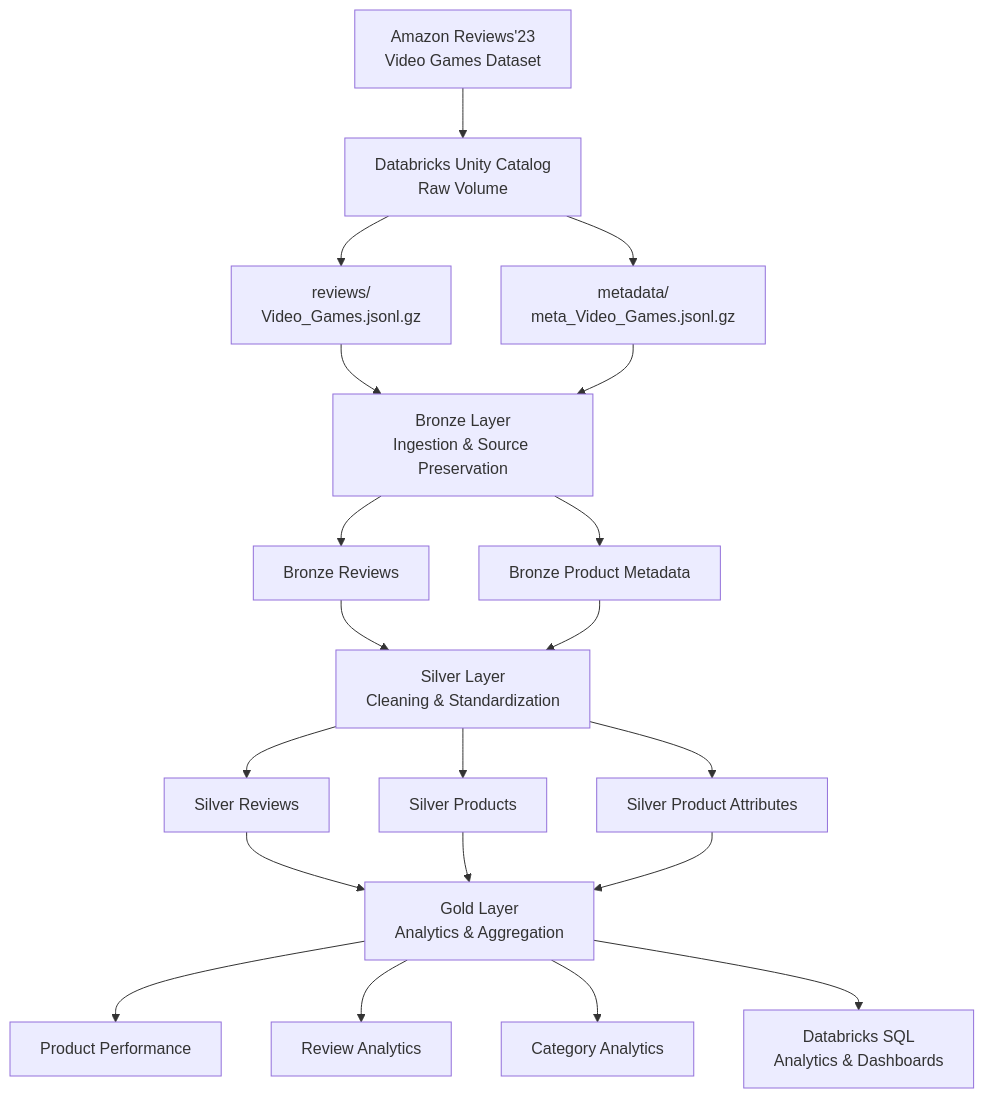
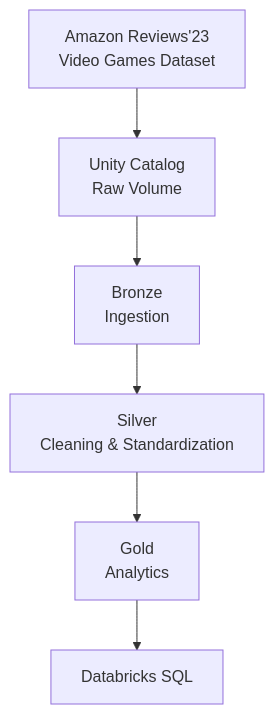
One commit to Biswajitnahak2003/amazon-reviews-lakehouse changed the diagram in README.md. Above: the diagram before and after it, drawn with Mermaid. The commit also changed other lines of this file, not shown here.

````diff
--- a/README.md
+++ b/README.md
@@ -18,34 +15,9 @@
 ```mermaid
 flowchart TD
-
     A["Amazon Reviews'23<br/>Video Games Dataset"]
-
-    A --> B["Databricks Unity Catalog<br/>Raw Volume"]
-
-    B --> B1["reviews/<br/>Video_Games.jsonl.gz"]
-    B --> B2["metadata/<br/>meta_Video_Games.jsonl.gz"]
-
-    B1 --> C["Bronze Layer<br/>Ingestion & Source Preservation"]
-    B2 --> C
-
-    C --> C1["Bronze Reviews"]
-    C --> C2["Bronze Product Metadata"]
-
-    C1 --> D["Silver Layer<br/>Cleaning & Standardization"]
-    C2 --> D
-
-    D --> D1["Silver Reviews"]
-    D --> D2["Silver Products"]
-    D --> D3["Silver Product Attributes"]
-
-    D1 --> E["Gold Layer<br/>Analytics & Aggregation"]
-    D2 --> E
-    D3 --> E
-
-    E --> E1["Product Performance"]
-    E --> E2["Review Analytics"]
-    E --> E3["Category Analytics"]
-
-    E --> F["Databricks SQL<br/>Analytics & Dashboards"]
-
+    A --> B["Unity Catalog<br/>Raw Volume"]
+    B --> C["Bronze<br/>Ingestion"]
+    C --> D["Silver<br/>Cleaning & Standardization"]
+    D --> E["Gold<br/>Analytics"]
+    E --> F["Databricks SQL"]
 ```
````
